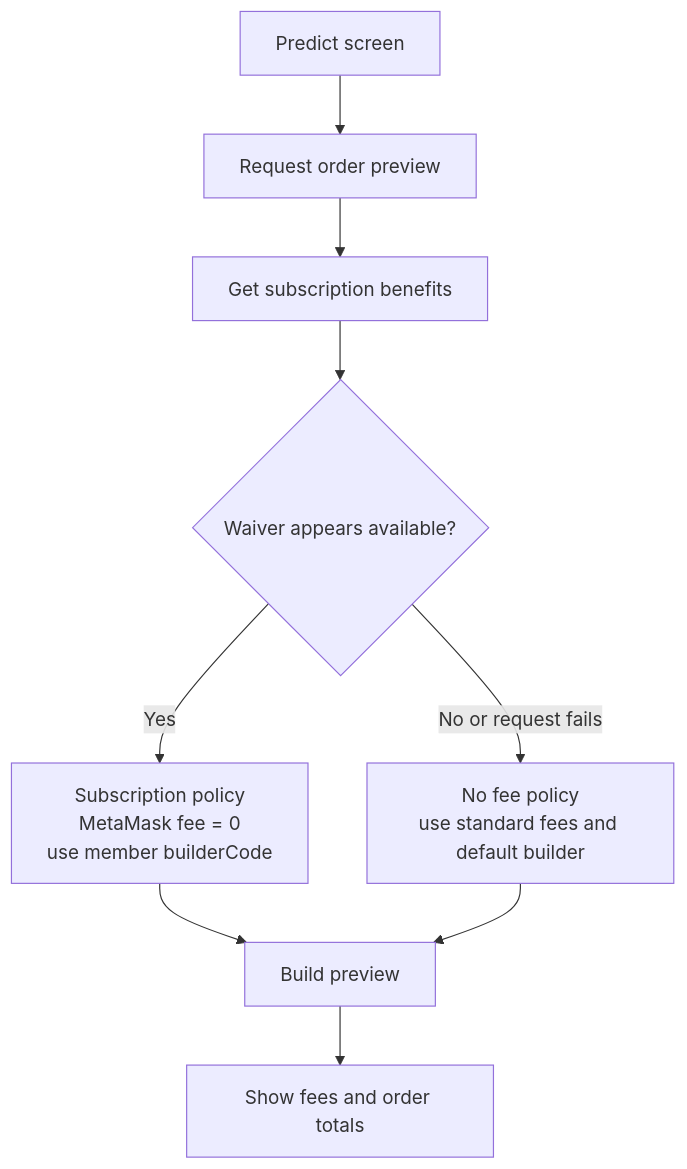
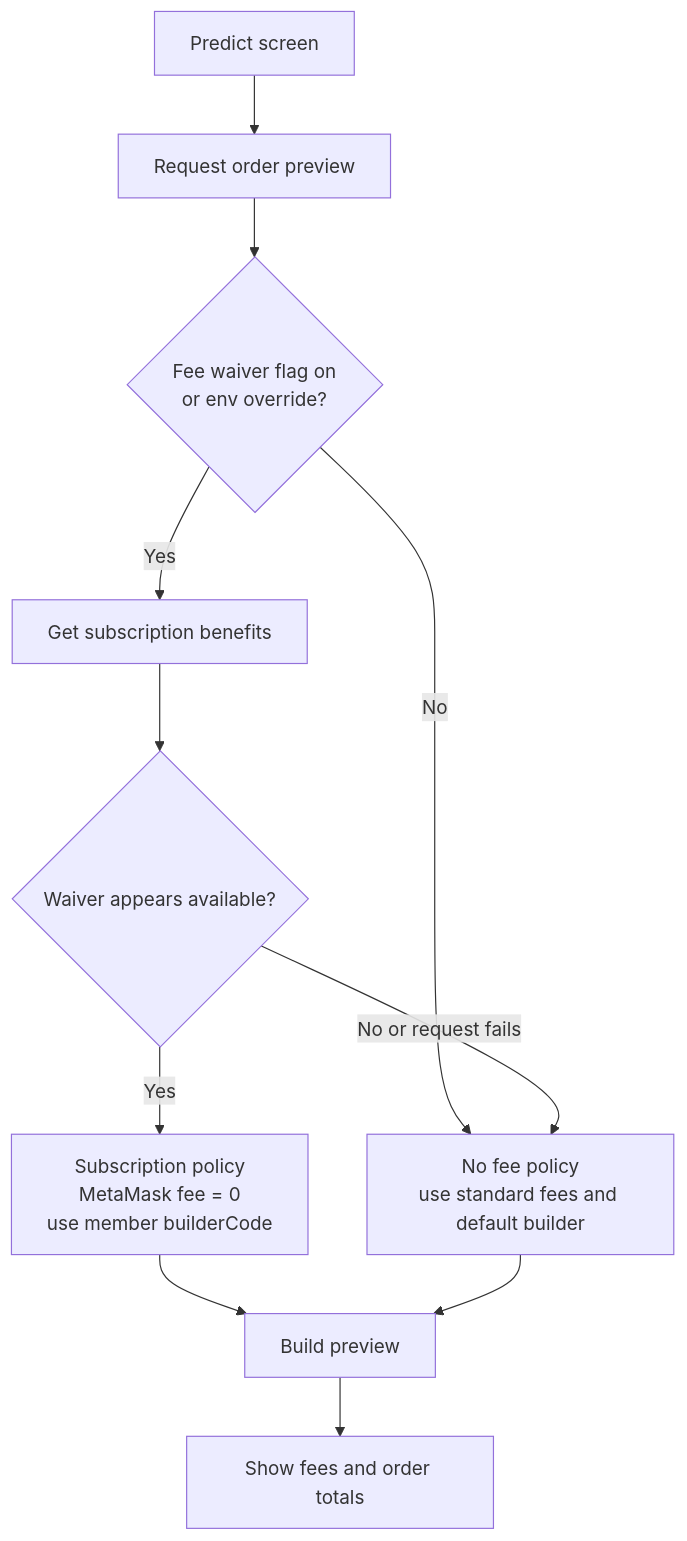
The first of 3 diagrams in docs/predict/pro-membership-fee-waiver-plan.md (MetaMask/metamask-mobile), drawn with Mermaid before and after one commit. The commit also changed other lines of this file and 1 other file, not shown here.

````diff
--- a/docs/predict/pro-membership-fee-waiver-plan.md
+++ b/docs/predict/pro-membership-fee-waiver-plan.md
@@ -25,11 +39,13 @@
 ```mermaid
 flowchart TD
   A[Predict screen] --> B[Request order preview]
-  B --> C[Get subscription benefits]
+  B --> FF{Fee waiver flag on<br/>or env override?}
+  FF -->|No| F
+  FF -->|Yes| C[Get subscription benefits]
   C --> D{Waiver appears available?}
   D -->|Yes| E[Subscription policy<br/>MetaMask fee = 0<br/>use member builderCode]
   D -->|No or request fails| F[No fee policy<br/>use standard fees and default builder]
   E --> G[Build preview]
   F --> G
   G --> H[Show fees and order totals]
 ```
````
